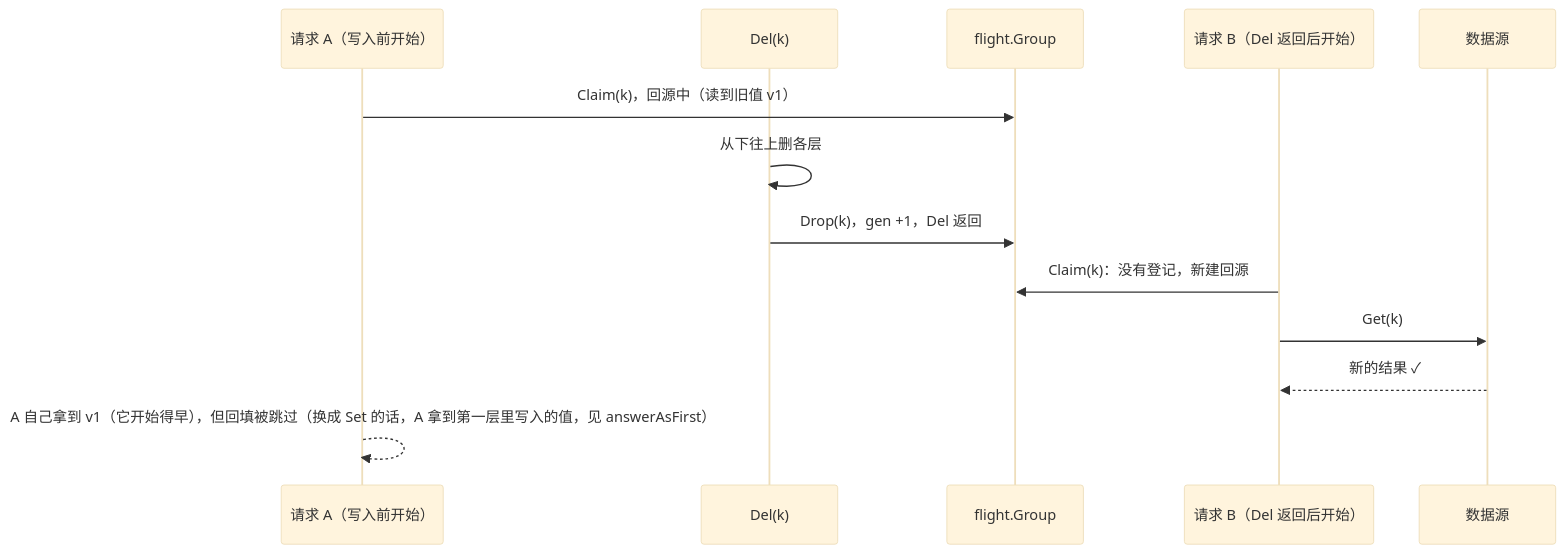
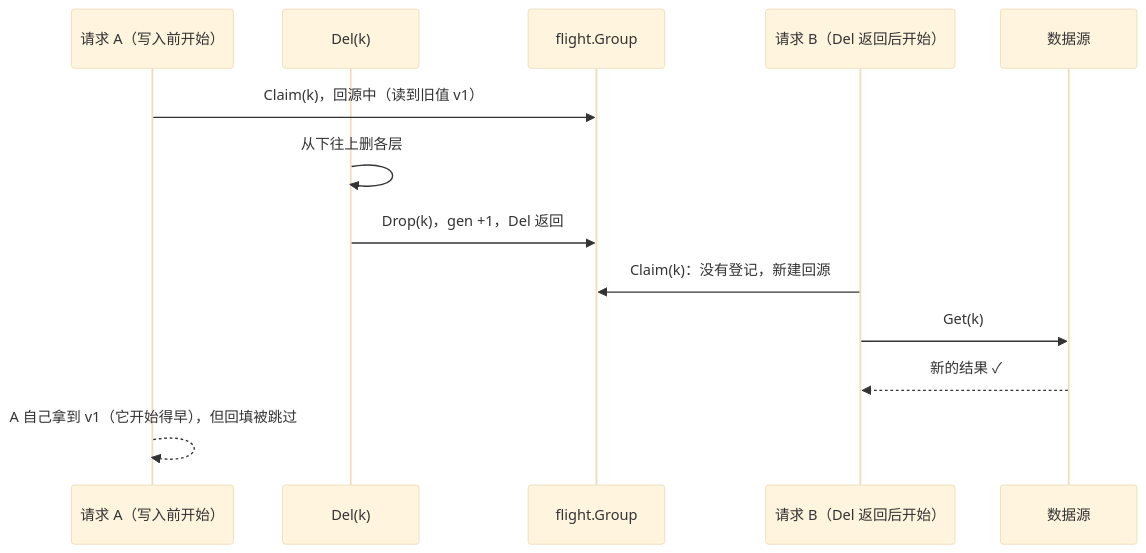
The seventh of 8 diagrams in docs/design/write-order.md (theplant/cachex), drawn with Mermaid (base theme) before and after one commit. The commit also changed other lines of this file and 25 other files, not shown here.

````diff
--- a/docs/design/write-order.md
+++ b/docs/design/write-order.md
@@ -214,15 +214,15 @@
 ```mermaid
 sequenceDiagram
     participant A as 请求 A（写入前开始）
     participant W as Del(k)
     participant G as flight.Group
     participant B as 请求 B（Del 返回后开始）
     participant S as 数据源
     A->>G: Claim(k)，回源中（读到旧值 v1）
     W->>W: 从下往上删各层
     W->>G: Drop(k)，gen +1，Del 返回
     B->>G: Claim(k)：没有登记，新建回源
     B->>S: Get(k)
     S-->>B: 新的结果 ✓
-    A-->>A: A 自己拿到 v1（它开始得早），但回填被跳过（换成 Set 的话，A 拿到第一层里写入的值，见 answerAsFirst）
+    A-->>A: A 自己拿到 v1（它开始得早），但回填被跳过
 ```
````
